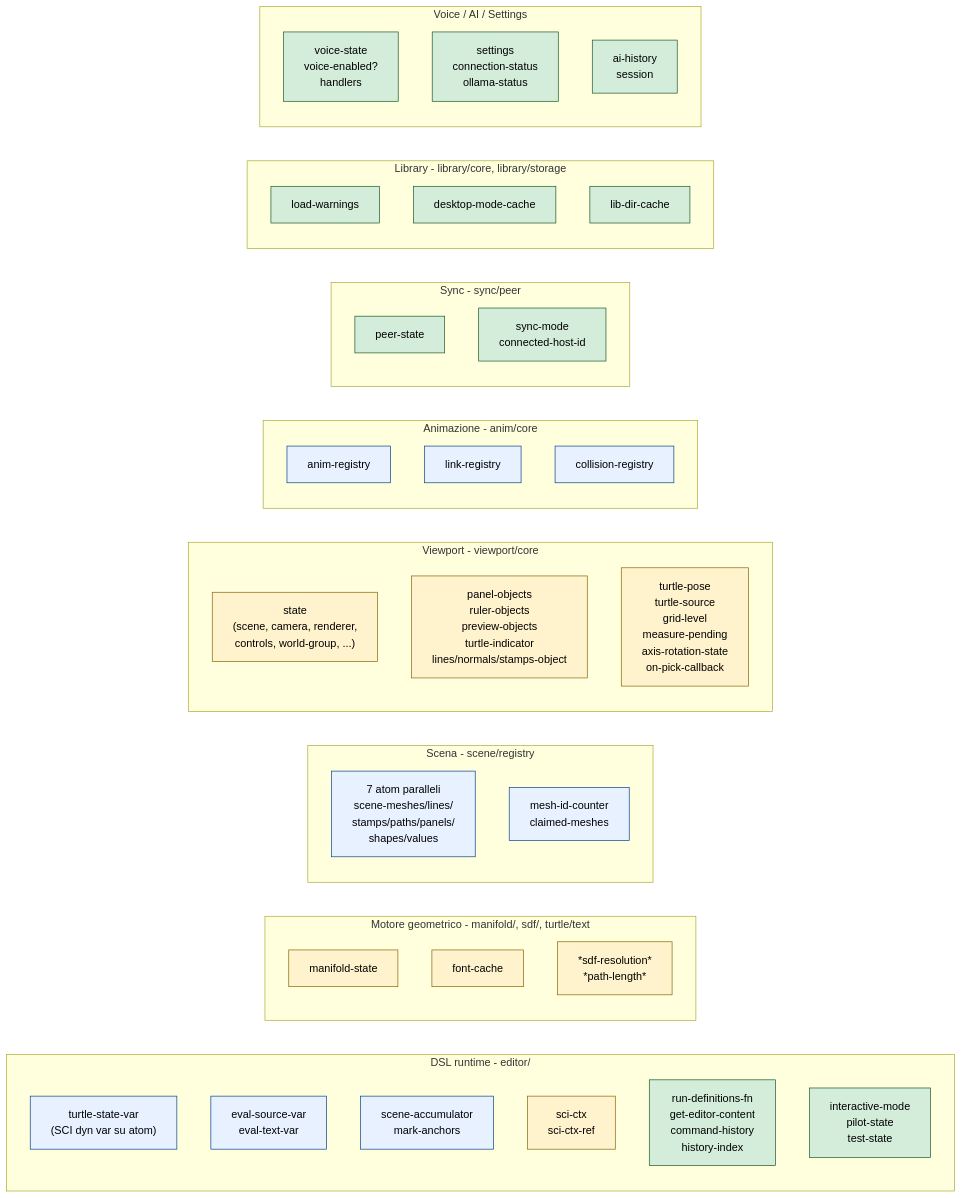
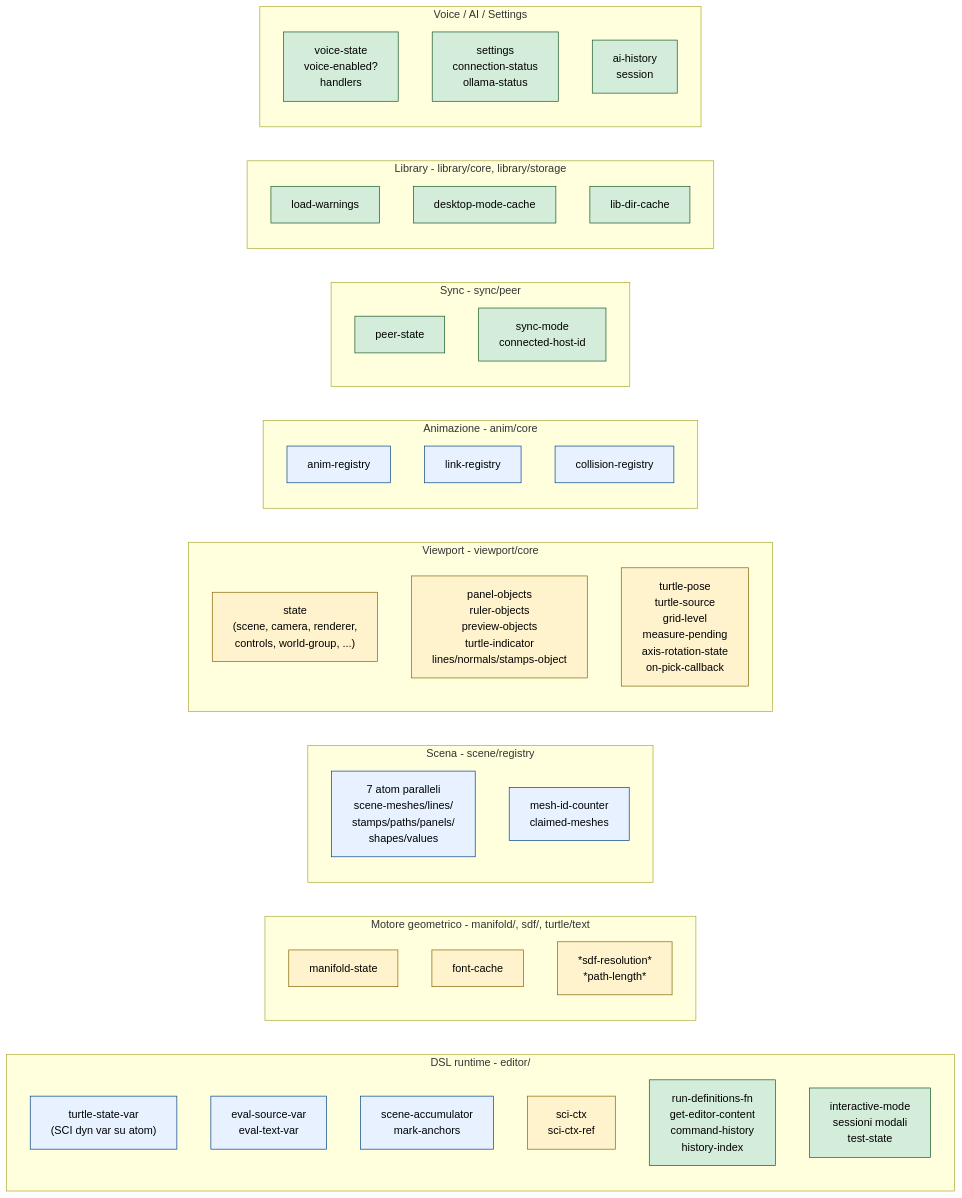
Before and after one commit to vipenzo/ridley: the fifth of 7 diagrams in docs/Architecture.md, drawn with Mermaid. The commit also changed other lines of this file and 9 other files, not shown here.

````diff
--- a/docs/Architecture.md
+++ b/docs/Architecture.md
@@ -848,59 +848,59 @@
 ```mermaid
 flowchart LR
     subgraph DSL["DSL runtime - editor/"]
         T["turtle-state-var<br/>(SCI dyn var su atom)"]
         ESV["eval-source-var<br/>eval-text-var"]
         ACC["scene-accumulator<br/>mark-anchors"]
         SCI["sci-ctx<br/>sci-ctx-ref"]
         EDIT["run-definitions-fn<br/>get-editor-content<br/>command-history<br/>history-index"]
-        IM["interactive-mode<br/>pilot-state<br/>test-state"]
+        IM["interactive-mode<br/>sessioni modali<br/>test-state"]
     end
 
     subgraph GEO["Motore geometrico - manifold/, sdf/, turtle/text"]
         MAN["manifold-state"]
         FNT["font-cache"]
         SDF["*sdf-resolution*<br/>*path-length*"]
     end
 
     subgraph SCN["Scena - scene/registry"]
         REG["7 atom paralleli<br/>scene-meshes/lines/<br/>stamps/paths/panels/<br/>shapes/values"]
         AUX["mesh-id-counter<br/>claimed-meshes"]
     end
 
     subgraph VP["Viewport - viewport/core"]
         VPS["state<br/>(scene, camera, renderer,<br/>controls, world-group, ...)"]
         VPO["panel-objects<br/>ruler-objects<br/>preview-objects<br/>turtle-indicator<br/>lines/normals/stamps-object"]
         VPI["turtle-pose<br/>turtle-source<br/>grid-level<br/>measure-pending<br/>axis-rotation-state<br/>on-pick-callback"]
     end
 
     subgraph ANM["Animazione - anim/core"]
         AR["anim-registry"]
         LR["link-registry"]
         CR["collision-registry"]
     end
 
     subgraph SYN["Sync - sync/peer"]
         PS["peer-state"]
         SM["sync-mode<br/>connected-host-id"]
     end
 
     subgraph LIB["Library - library/core, library/storage"]
         LW["load-warnings"]
         DC["desktop-mode-cache"]
         LD["lib-dir-cache"]
     end
 
     subgraph AUX2["Voice / AI / Settings"]
         VS["voice-state<br/>voice-enabled?<br/>handlers"]
         ST["settings<br/>connection-status<br/>ollama-status"]
         AH["ai-history<br/>session"]
     end
 
     classDef reset fill:#e7f1ff,stroke:#004085,color:#000
     classDef persist fill:#fff3cd,stroke:#856404,color:#000
     classDef session fill:#d4edda,stroke:#155724,color:#000
 
     class T,ESV,ACC,REG,AUX,AR,LR,CR reset
     class MAN,FNT,VPS,VPO,VPI,SCI,SDF persist
     class PS,SM,LW,DC,LD,VS,ST,AH,EDIT,IM session
 ```
````
